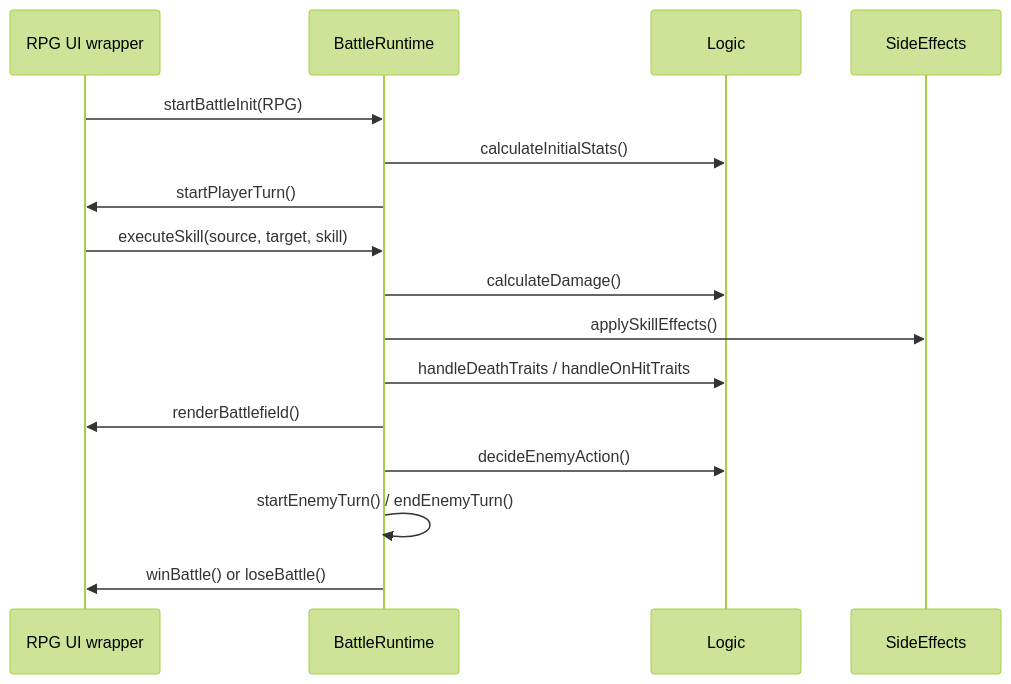
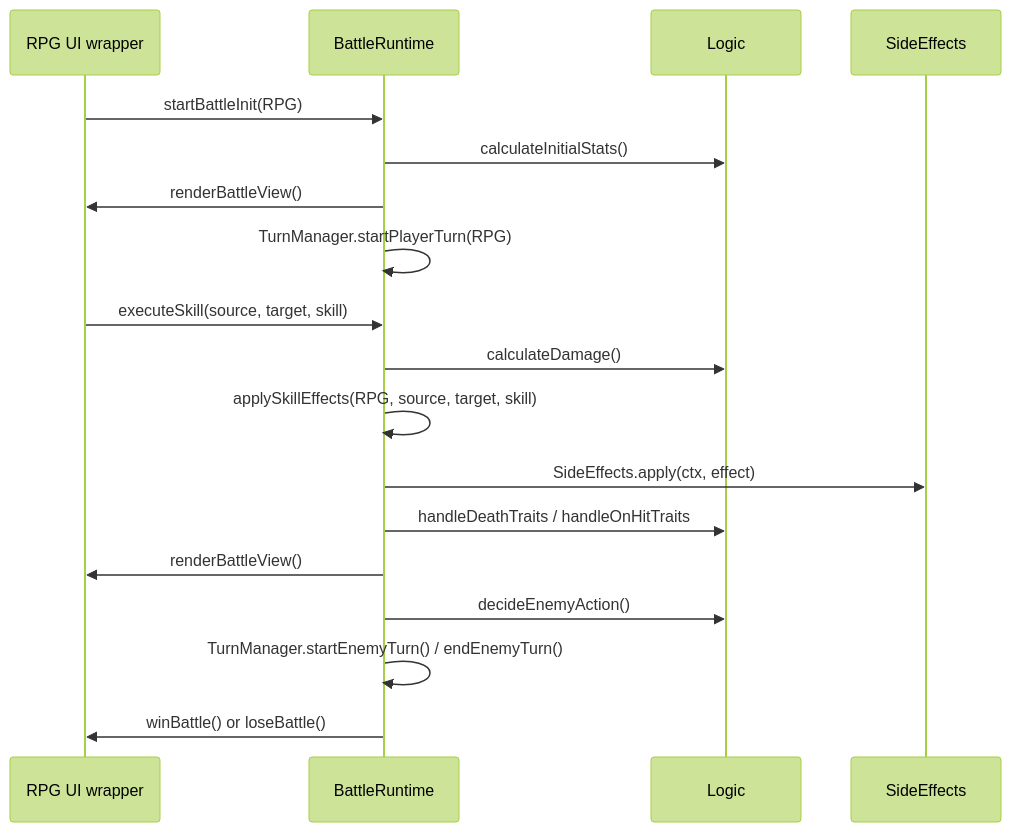
Before and after one commit to romarin0325-cell/Studying: the fourth of 5 diagrams in card/card_game_structure.md, drawn with Mermaid (forest theme). The commit also changed other lines of this file and 17 other files, not shown here.

````diff
--- a/card/card_game_structure.md
+++ b/card/card_game_structure.md
@@ -106,19 +111,21 @@
 ```mermaid
 sequenceDiagram
     participant RPG as RPG UI wrapper
     participant Battle as BattleRuntime
     participant Logic as Logic
     participant Effects as SideEffects
 
     RPG->>Battle: startBattleInit(RPG)
     Battle->>Logic: calculateInitialStats()
-    Battle->>RPG: startPlayerTurn()
+    Battle->>RPG: renderBattleView()
+    Battle->>Battle: TurnManager.startPlayerTurn(RPG)
     RPG->>Battle: executeSkill(source, target, skill)
     Battle->>Logic: calculateDamage()
-    Battle->>Effects: applySkillEffects()
+    Battle->>Battle: applySkillEffects(RPG, source, target, skill)
+    Battle->>Effects: SideEffects.apply(ctx, effect)
     Battle->>Logic: handleDeathTraits / handleOnHitTraits
-    Battle->>RPG: renderBattlefield()
+    Battle->>RPG: renderBattleView()
     Battle->>Logic: decideEnemyAction()
-    Battle->>Battle: startEnemyTurn() / endEnemyTurn()
+    Battle->>Battle: TurnManager.startEnemyTurn() / endEnemyTurn()
     Battle->>RPG: winBattle() or loseBattle()
 ```
````
